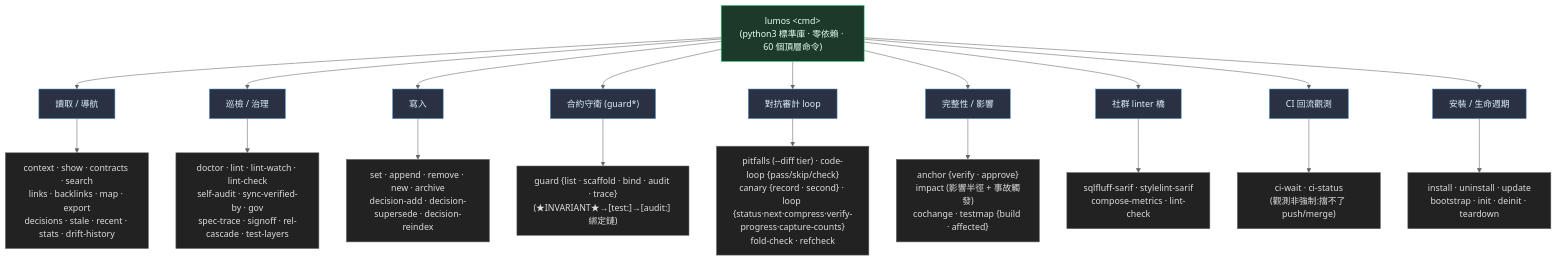
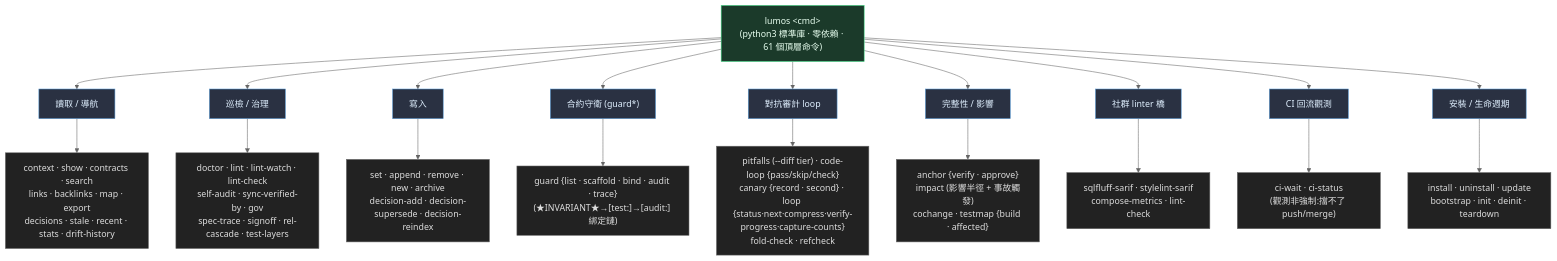
Before and after one commit to EnzoHsieh-Android/Lumos: the third of 4 diagrams in ARCHITECTURE.md, drawn with Mermaid (neutral theme). The commit also changed other lines of this file and 14 other files, not shown here.

````diff
--- a/ARCHITECTURE.md
+++ b/ARCHITECTURE.md
@@ -99,31 +99,31 @@
 ```mermaid
 flowchart TB
-    ROOT["lumos &lt;cmd&gt;<br/>(python3 標準庫 · 零依賴 · 60 個頂層命令)"]
+    ROOT["lumos &lt;cmd&gt;<br/>(python3 標準庫 · 零依賴 · 61 個頂層命令)"]
 
     ROOT --> READ["讀取 / 導航"]
     ROOT --> HEALTH["巡檢 / 治理"]
     ROOT --> WRITE["寫入"]
     ROOT --> GUARD["合約守衛 (guard*)"]
     ROOT --> LOOP["對抗審計 loop"]
     ROOT --> INTEG["完整性 / 影響"]
     ROOT --> SARIF["社群 linter 橋"]
     ROOT --> CI["CI 回流觀測"]
     ROOT --> LIFE["安裝 / 生命週期"]
 
     READ --> R["context · show · contracts · search<br/>links · backlinks · map · export<br/>decisions · stale · recent · stats · drift-history"]
     HEALTH --> H["doctor · lint · lint-watch · lint-check<br/>self-audit · sync-verified-by · gov<br/>spec-trace · signoff · rel-cascade · test-layers"]
     CI --> C["ci-wait · ci-status<br/>(觀測非強制:擋不了 push/merge)"]
     WRITE --> W["set · append · remove · new · archive<br/>decision-add · decision-supersede · decision-reindex"]
     GUARD --> G["guard {list · scaffold · bind · audit · trace}<br/>(★INVARIANT★→[test:]→[audit:] 綁定鏈)"]
     LOOP --> LP["pitfalls (--diff tier) · code-loop {pass/skip/check}<br/>canary {record · second} · loop {status·next·compress·verify-progress·capture-counts}<br/>fold-check · refcheck"]
     INTEG --> I["anchor {verify · approve}<br/>impact (影響半徑 + 事故觸發)<br/>cochange · testmap {build · affected}"]
     SARIF --> ST["sqlfluff-sarif · stylelint-sarif<br/>compose-metrics · lint-check"]
     LIFE --> L["install · uninstall · update<br/>bootstrap · init · deinit · teardown"]
 
     classDef root fill:#1b3a2a,stroke:#3ddc84,color:#e8fff0
     classDef cat fill:#2a3142,stroke:#5a9bd6,color:#e0f0ff
     classDef leaf fill:#222,stroke:#666,color:#ddd
     class ROOT root
     class READ,HEALTH,WRITE,GUARD,LOOP,INTEG,SARIF,CI,LIFE cat
     class R,H,W,G,LP,I,ST,C,L leaf
 ```
````
